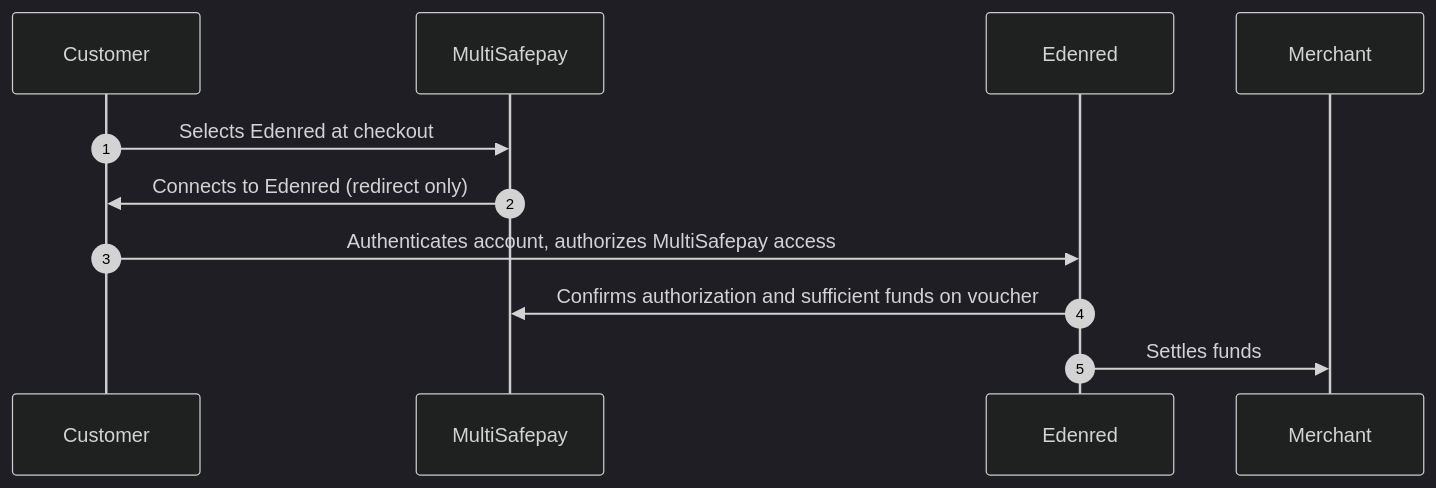
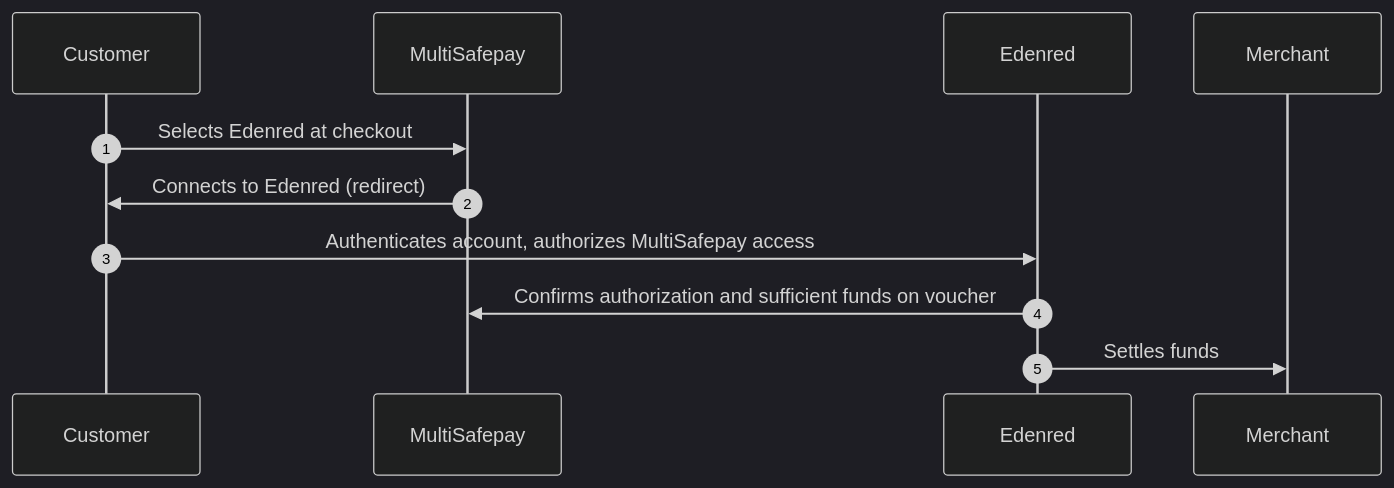
One commit to MultiSafepay/docs changed the diagram in content/payments/methods/prepaid-cards/edenred/payment-flow.md. Above: the diagram before and after it, drawn with Mermaid (dark theme). The commit also changed other lines of this file and 253 other files, not shown here.

```diff
--- a/content/payments/methods/prepaid-cards/edenred/payment-flow.md
+++ b/content/payments/methods/prepaid-cards/edenred/payment-flow.md
@@ -15,16 +15,16 @@
 {{< mermaid class="text-center" >}}
 
 sequenceDiagram
     autonumber
     participant C as Customer
     participant Mu as MultiSafepay
     participant E as Edenred
     participant Me as Merchant
 
     C->>Mu: Selects Edenred at checkout
-    Mu->>C: Connects to Edenred (redirect only)
+    Mu->>C: Connects to Edenred (redirect)
     C->>E: Authenticates account, authorizes MultiSafepay access
     E->>Mu: Confirms authorization and sufficient funds on voucher
     E->>Me: Settles funds
 
 {{< /mermaid >}}
```
